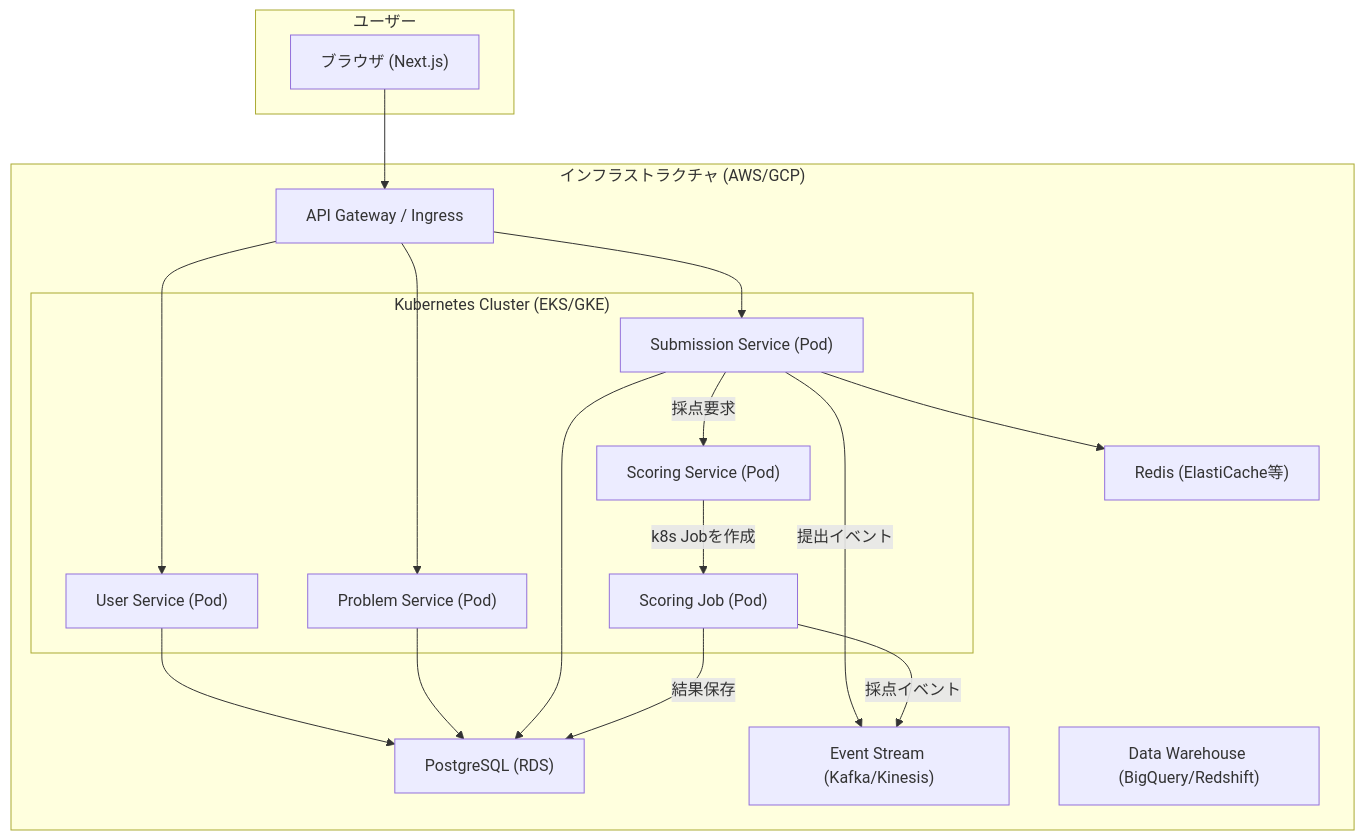
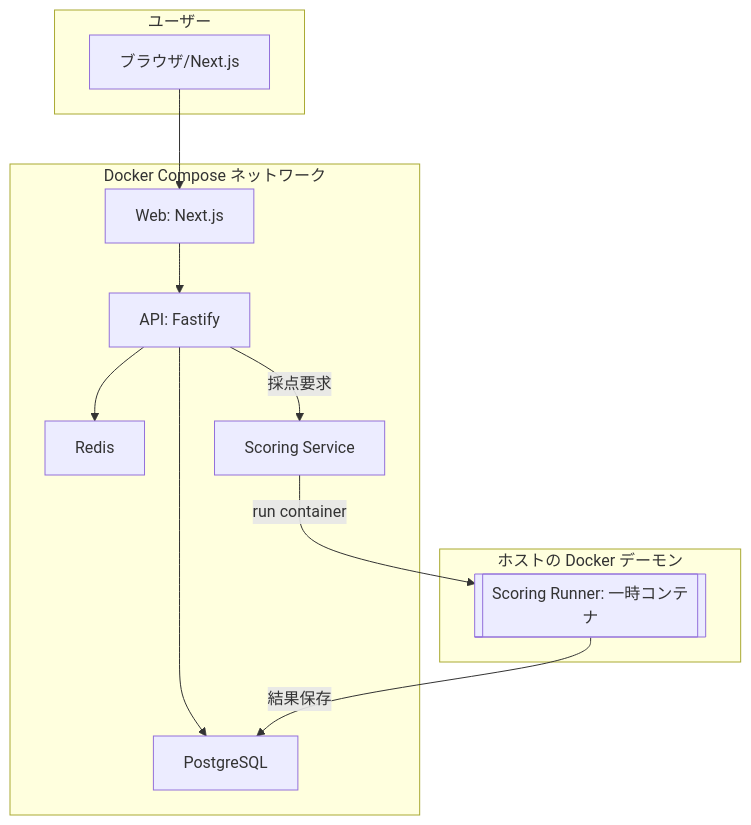
The first of 4 diagrams in docs/02_design.md (motowo/coding_test_platform), drawn with Mermaid before and after one commit. The commit also changed other lines of this file and 73 other files, not shown here.

Commit message:
docs: Docker Compose前提に設計更新しMCP(開発限定)ガイド追加\n\n- 02_design: k8s前提→Docker Compose前提に変更、Mermaid図更新\n- 01_requirements: 非機能にCompose運用を追記\n- 04_developer_guide: Compose/ローカル構成、MCP(開発限定)章を追加\n- 05_testing_strategy: MCPは開発限定、CI/公開では未使用を明記\n- 03_tasks/README: ナビゲーション/タスクを更新\n- 10_dev_mcp: 新規(開発向けMCPガイド)

````diff
--- a/docs/02_design.md
+++ b/docs/02_design.md
@@ -26,39 +26,26 @@
 ```mermaid
 graph TD
-    subgraph "ユーザー"
-        A["ブラウザ (Next.js)"]
+    subgraph User[ユーザー]
+        A[ブラウザ/Next.js]
     end
 
-    subgraph "インフラストラクチャ (AWS/GCP)"
-        B["API Gateway / Ingress"]
+    subgraph Compose[Docker Compose ネットワーク]
+        B[Web: Next.js]
+        C[API: Fastify]
+        D[PostgreSQL]
+        E[Redis]
+        F[Scoring Service]
+    end
 
-        subgraph "Kubernetes Cluster (EKS/GKE)"
-            C["User Service (Pod)"]
-            D["Problem Service (Pod)"]
-            E["Submission Service (Pod)"]
-            F["Scoring Service (Pod)"]
-            F -- k8s Jobを作成 --> G["Scoring Job (Pod)"]
-        end
-
-        H["PostgreSQL (RDS)"]
-        I["Redis (ElastiCache等)"]
-        J["Event Stream (Kafka/Kinesis)"]
-        K["Data Warehouse (BigQuery/Redshift)"]
+    subgraph Docker[ホストの Docker デーモン]
+        G[[Scoring Runner: 一時コンテナ]]
     end
 
     A --> B
-
     B --> C
-    B --> D
-    B --> E
-
-    C --> H
-    D --> H
-    E --> H
-    E --> I
-    E -- 提出イベント --> J
-
-    E -- 採点要求 --> F
-    G -- 結果保存 --> H
-    G -- 採点イベント --> J
+    C --> D
+    C --> E
+    C -- 採点要求 --> F
+    F -- run container --> G
+    G -- 結果保存 --> D
 ```
````
